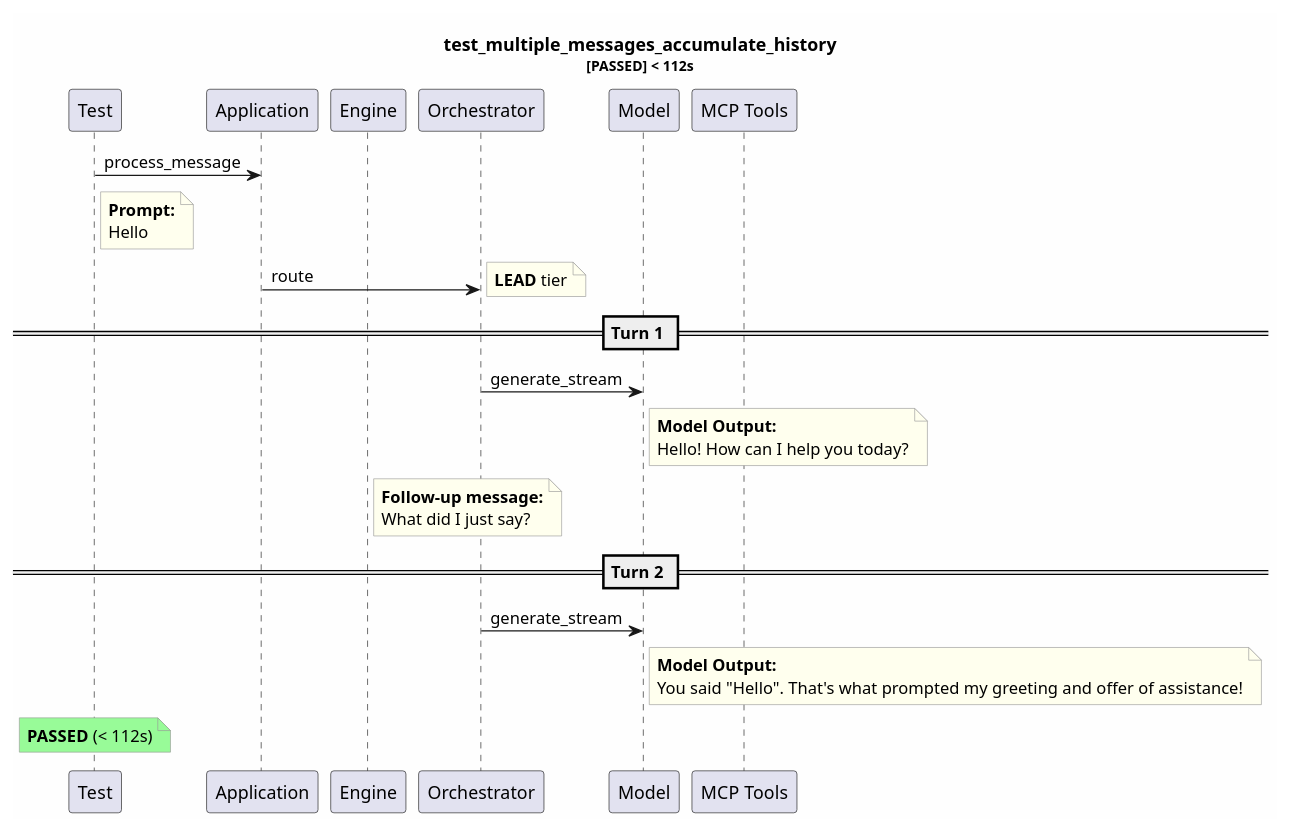
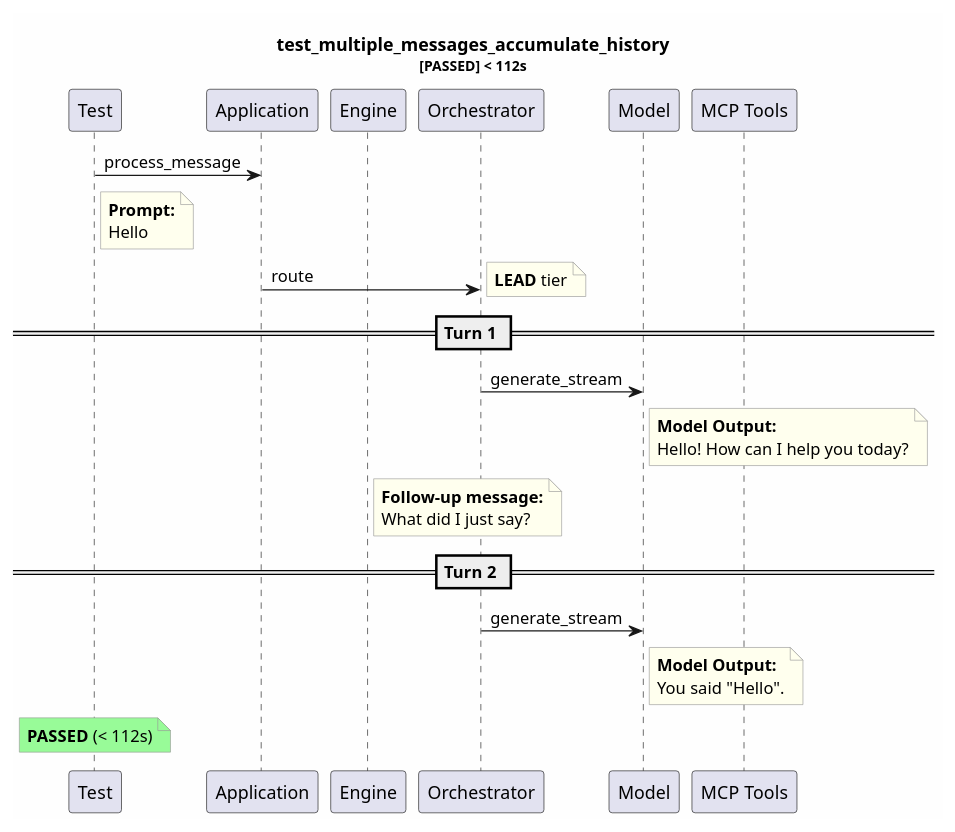
Before and after one commit to tvanfossen/entropic: the diagram in test-reports/logs/test_multiple_messages_accumulate_history/test_multiple_messages_accumulate_history.puml, drawn with PlantUML. The commit also changed 18 other files, not shown here.

```diff
--- a/test-reports/logs/test_multiple_messages_accumulate_history/test_multiple_messages_accumulate_history.puml
+++ b/test-reports/logs/test_multiple_messages_accumulate_history/test_multiple_messages_accumulate_history.puml
@@ -1,41 +1,41 @@
 @startuml
 skinparam backgroundColor #FEFEFE
 skinparam noteBorderColor #999999
 skinparam noteBackgroundColor #FFFFEE
 title test_multiple_messages_accumulate_history\n<size:11>[PASSED] < 112s</size>
 
 participant "Test" as T
 participant "Application" as App
 participant "Engine" as Eng
 participant "Orchestrator" as Orch
 participant "Model" as Mdl
 participant "MCP Tools" as MCP
 
 T -> App: process_message
 note right of T
   **Prompt:**
   Hello
 end note
 App -> Orch: route
 note right: **LEAD** tier
 == Turn 1 ==
 Orch -> Mdl: generate_stream
 note right of Mdl
   **Model Output:**
   Hello! How can I help you today?
 end note
 note right of Eng
   **Follow-up message:**
   What did I just say?
 end note
 == Turn 2 ==
 Orch -> Mdl: generate_stream
 note right of Mdl
   **Model Output:**
-  You said "Hello". That's what prompted my greeting and offer of assistance!
+  You said "Hello".
 end note
 note over T #palegreen
   **PASSED** (< 112s)
 end note
 
 @enduml
```
